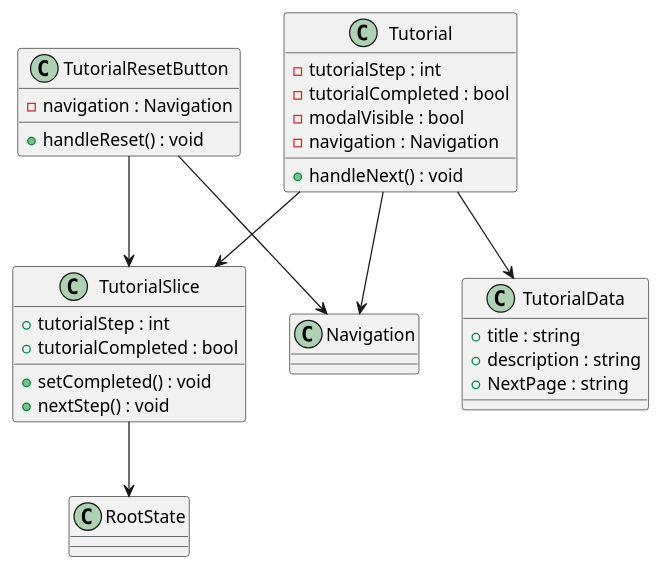
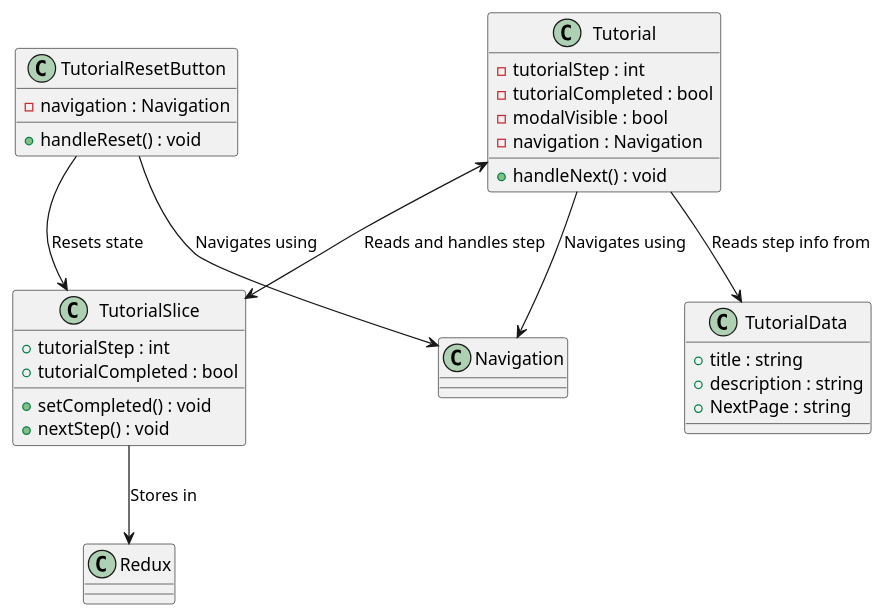
One commit to Windesheim-AI/UML-diagrams changed the diagram in tdd/tutorial.puml. Above: the diagram before and after it, drawn with PlantUML.

Commit message:
feat: :recycle: Update Tutorial Diagram

```diff
--- a/tdd/tutorial.puml
+++ b/tdd/tutorial.puml
@@ -1,39 +1,39 @@
 @startuml ReactTutorialComponent
 
 class Tutorial {
     - tutorialStep : int
     - tutorialCompleted : bool
     - modalVisible : bool
     - navigation : Navigation
     + handleNext() : void
 }
 
 class Navigation {
 }
 
 class TutorialSlice{
     + tutorialStep : int
     + tutorialCompleted : bool
 
     + setCompleted() : void
     + nextStep() : void
 }
 
 class TutorialResetButton {
     - navigation : Navigation
 
     + handleReset() : void
 }
 
 class TutorialData{
     + title : string
     + description : string
     + NextPage : string
 }
-Tutorial --> TutorialSlice
-Tutorial --> Navigation
-Tutorial --> TutorialData
-TutorialSlice --> RootState
-TutorialResetButton --> Navigation
-TutorialResetButton --> TutorialSlice
+Tutorial <--> TutorialSlice: Reads and handles step
+Tutorial --> Navigation: Navigates using
+Tutorial --> TutorialData: Reads step info from
+TutorialSlice --> Redux: Stores in
+TutorialResetButton --> Navigation: Navigates using
+TutorialResetButton --> TutorialSlice: Resets state
 @enduml
```
